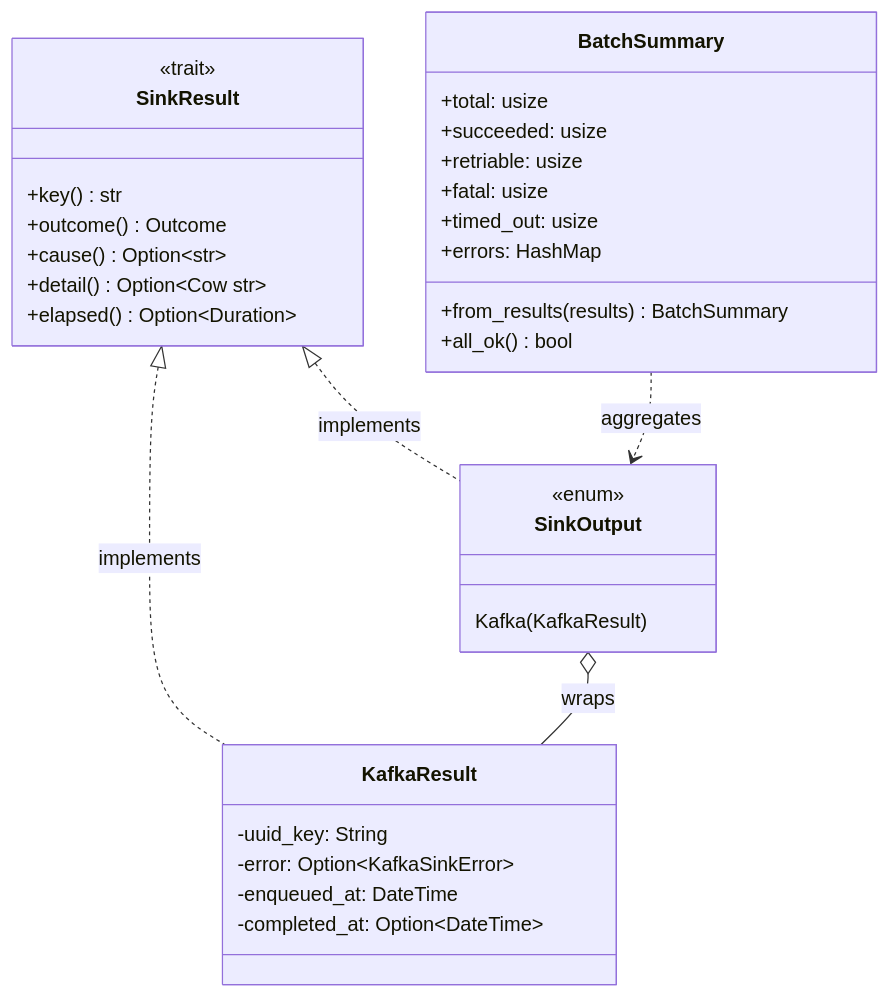
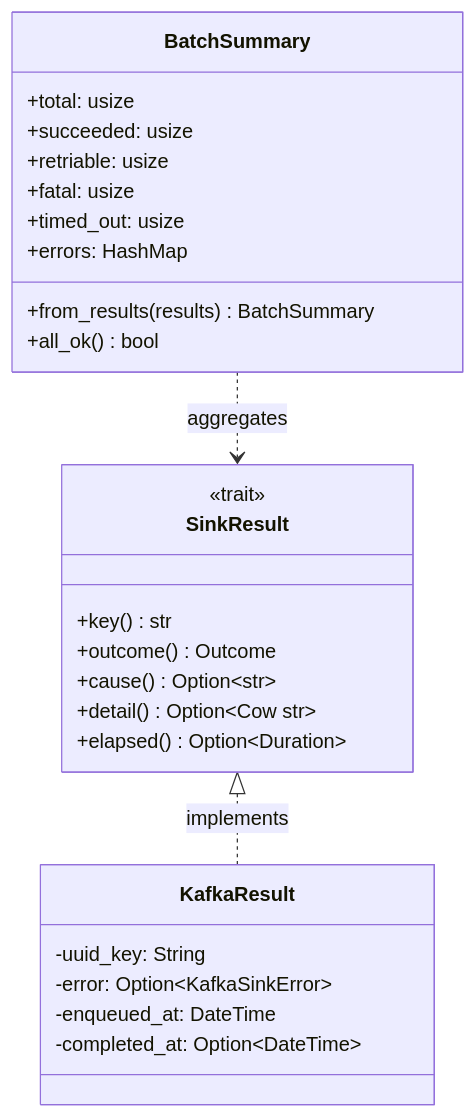
Before and after one commit to garnet-labs/posthog: the third of 6 diagrams in rust/capture/src/v1/sinks/DESIGN.md, drawn with Mermaid. The commit also changed other lines of this file, not shown here.

````diff
--- a/rust/capture/src/v1/sinks/DESIGN.md
+++ b/rust/capture/src/v1/sinks/DESIGN.md
@@ -237,39 +259,32 @@
 ```mermaid
 classDiagram
     class SinkResult {
         <<trait>>
         +key() str
         +outcome() Outcome
         +cause() Option~str~
         +detail() Option~Cow str~
         +elapsed() Option~Duration~
     }
 
     class KafkaResult {
         -uuid_key: String
         -error: Option~KafkaSinkError~
         -enqueued_at: DateTime
         -completed_at: Option~DateTime~
     }
 
-    class SinkOutput {
-        <<enum>>
-        Kafka(KafkaResult)
-    }
-
     class BatchSummary {
         +total: usize
         +succeeded: usize
         +retriable: usize
         +fatal: usize
         +timed_out: usize
         +errors: HashMap
         +from_results(results) BatchSummary
         +all_ok() bool
     }
 
     SinkResult <|.. KafkaResult : implements
-    SinkResult <|.. SinkOutput : implements
-    SinkOutput o-- KafkaResult : wraps
-    BatchSummary ..> SinkOutput : aggregates
+    BatchSummary ..> SinkResult : aggregates
 ```
````
